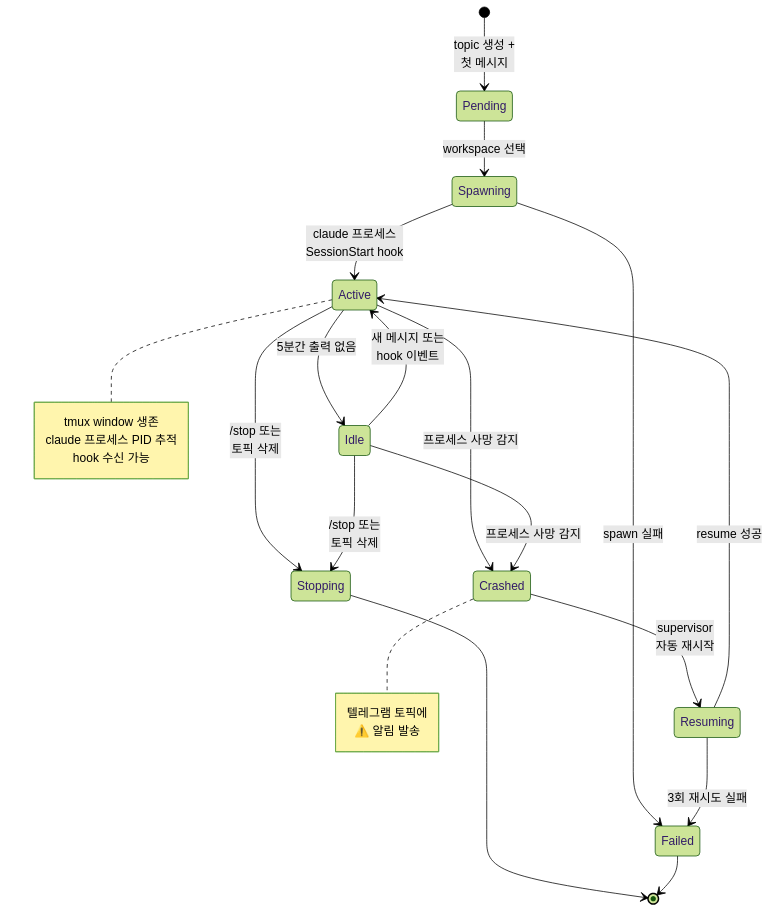
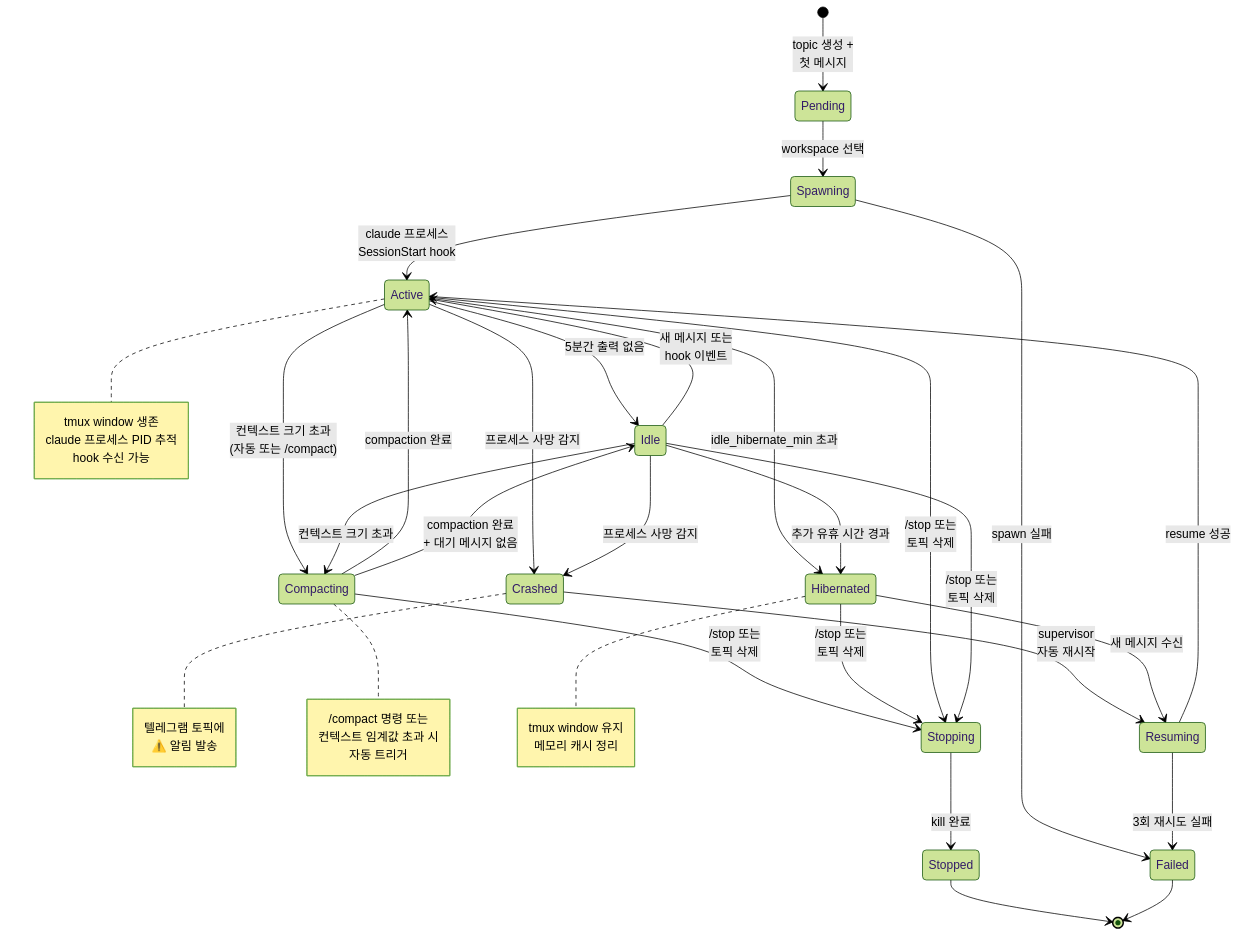
One commit to jaekwon-park/tgcc changed the sixth of 7 diagrams in docs/02_ARCHITECTURE.md. Above: the diagram before and after it, drawn with Mermaid (forest theme). The commit also changed other lines of this file and 3 other files, not shown here.

````diff
--- a/docs/02_ARCHITECTURE.md
+++ b/docs/02_ARCHITECTURE.md
@@ -198,28 +198,47 @@
 ```mermaid
 stateDiagram-v2
     [*] --> Pending: topic 생성 +<br/>첫 메시지
     Pending --> Spawning: workspace 선택
     Spawning --> Active: claude 프로세스<br/>SessionStart hook
     Spawning --> Failed: spawn 실패
     Active --> Idle: 5분간 출력 없음
     Idle --> Active: 새 메시지 또는<br/>hook 이벤트
     Active --> Crashed: 프로세스 사망 감지
     Idle --> Crashed: 프로세스 사망 감지
     Crashed --> Resuming: supervisor<br/>자동 재시작
     Resuming --> Active: resume 성공
     Resuming --> Failed: 3회 재시도 실패
+    Active --> Compacting: 컨텍스트 크기 초과<br/>(자동 또는 /compact)
+    Idle --> Compacting: 컨텍스트 크기 초과
+    Compacting --> Active: compaction 완료
+    Compacting --> Idle: compaction 완료<br/>+ 대기 메시지 없음
+    Compacting --> Stopping: /stop 또는<br/>토픽 삭제
+    Active --> Hibernated: idle_hibernate_min 초과
+    Idle --> Hibernated: 추가 유휴 시간 경과
+    Hibernated --> Resuming: 새 메시지 수신
+    Hibernated --> Stopping: /stop 또는<br/>토픽 삭제
     Active --> Stopping: /stop 또는<br/>토픽 삭제
     Idle --> Stopping: /stop 또는<br/>토픽 삭제
-    Stopping --> [*]
+    Stopping --> Stopped: kill 완료
+    Stopped --> [*]
     Failed --> [*]
 
     note right of Active
         tmux window 생존
         claude 프로세스 PID 추적
         hook 수신 가능
     end note
     note right of Crashed
         텔레그램 토픽에
         ⚠️ 알림 발송
     end note
+    note right of Compacting
+        /compact 명령 또는
+        컨텍스트 임계값 초과 시
+        자동 트리거
+    end note
+    note right of Hibernated
+        tmux window 유지
+        메모리 캐시 정리
+    end note
 ```
````
